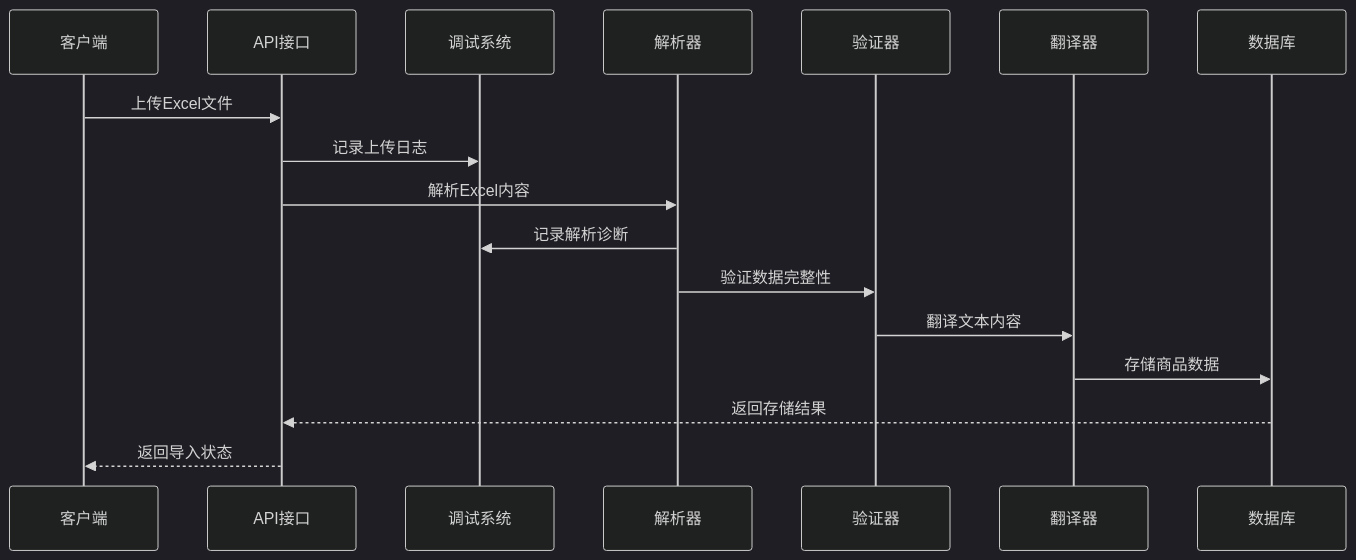
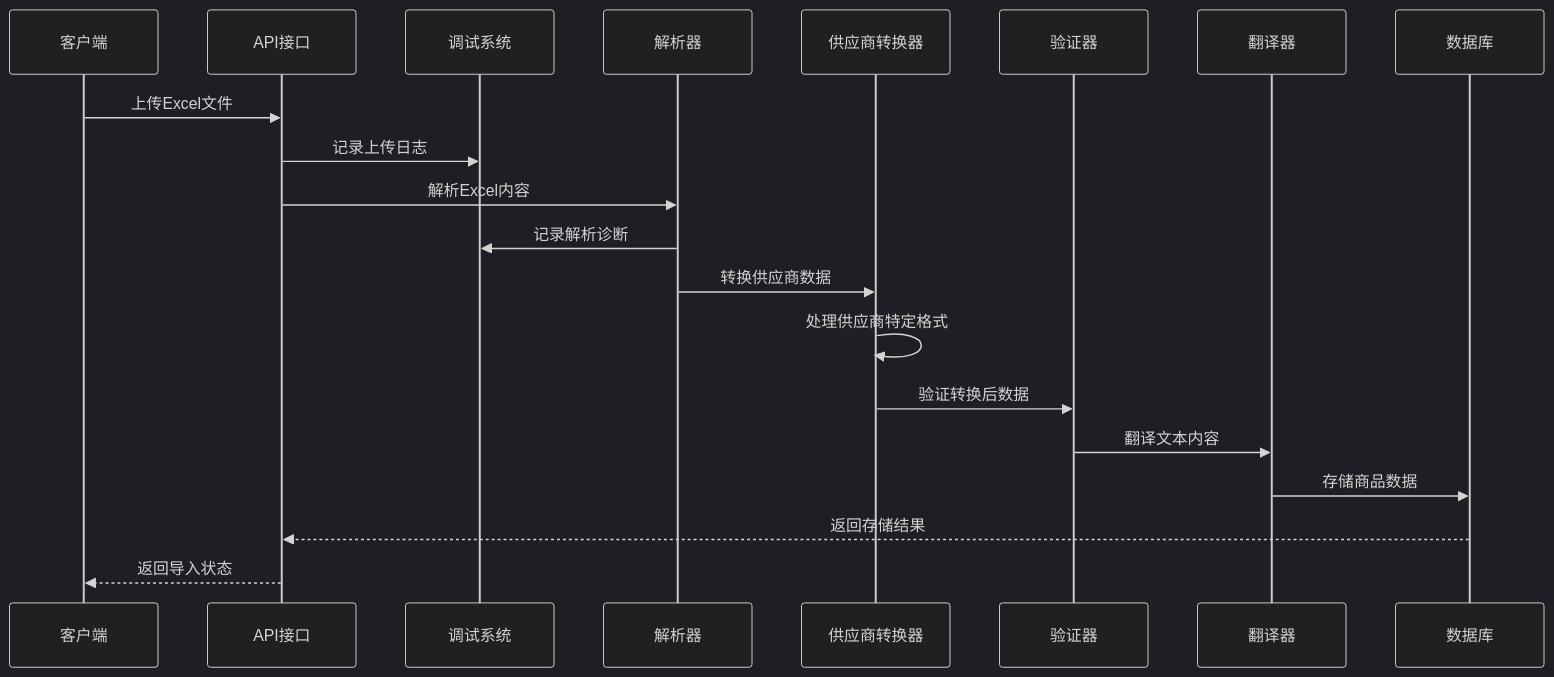
Before and after one commit to three3638-arch/celestia_2b: the second of 12 diagrams in .qoder/repowiki/zh/content/Excel Import System.md, drawn with Mermaid (dark theme). The commit also changed other lines of this file and 5 other files, not shown here.

````diff
--- a/.qoder/repowiki/zh/content/Excel Import System.md
+++ b/.qoder/repowiki/zh/content/Excel Import System.md
@@ -140,19 +152,22 @@
 ```mermaid
 sequenceDiagram
 participant Client as 客户端
 participant API as API接口
 participant Debug as 调试系统
 participant Parser as 解析器
+participant SupplierConverter as 供应商转换器
 participant Validator as 验证器
 participant Translator as 翻译器
 participant DB as 数据库
 Client->>API : 上传Excel文件
 API->>Debug : 记录上传日志
 API->>Parser : 解析Excel内容
 Parser->>Debug : 记录解析诊断
-Parser->>Validator : 验证数据完整性
+Parser->>SupplierConverter : 转换供应商数据
+SupplierConverter->>SupplierConverter : 处理供应商特定格式
+SupplierConverter->>Validator : 验证转换后数据
 Validator->>Translator : 翻译文本内容
 Translator->>DB : 存储商品数据
 DB-->>API : 返回存储结果
 API-->>Client : 返回导入状态
 ```
````
